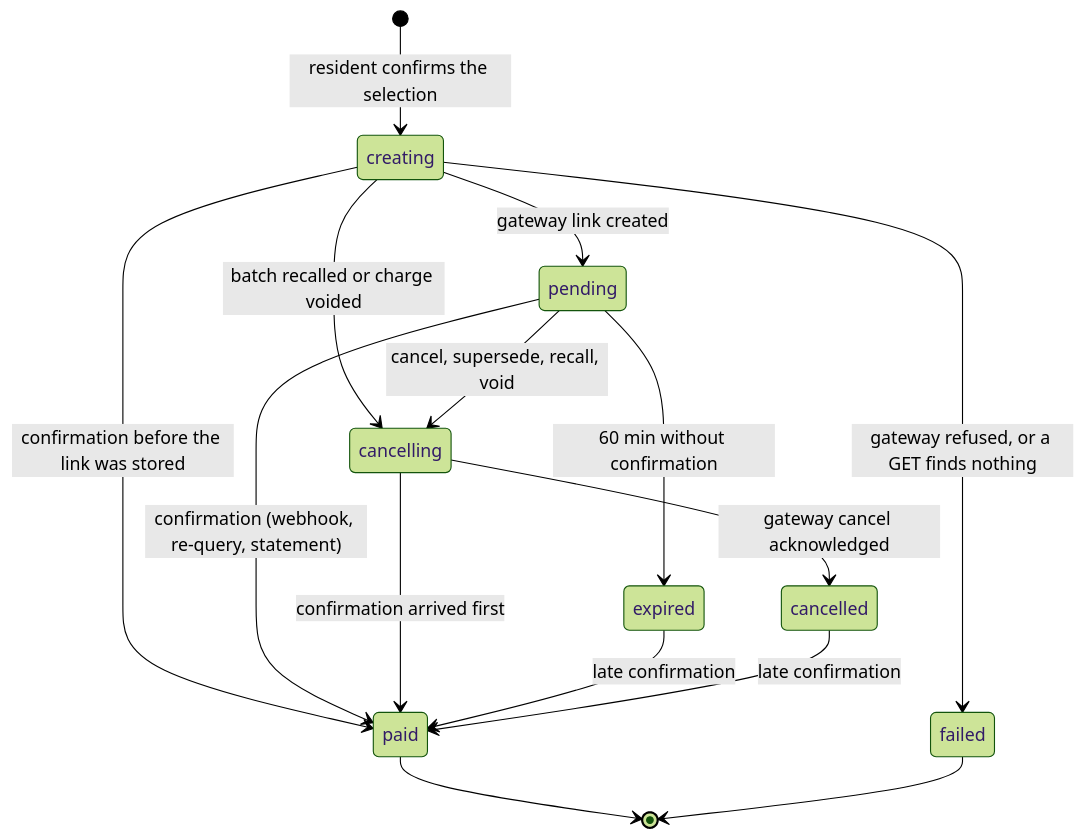
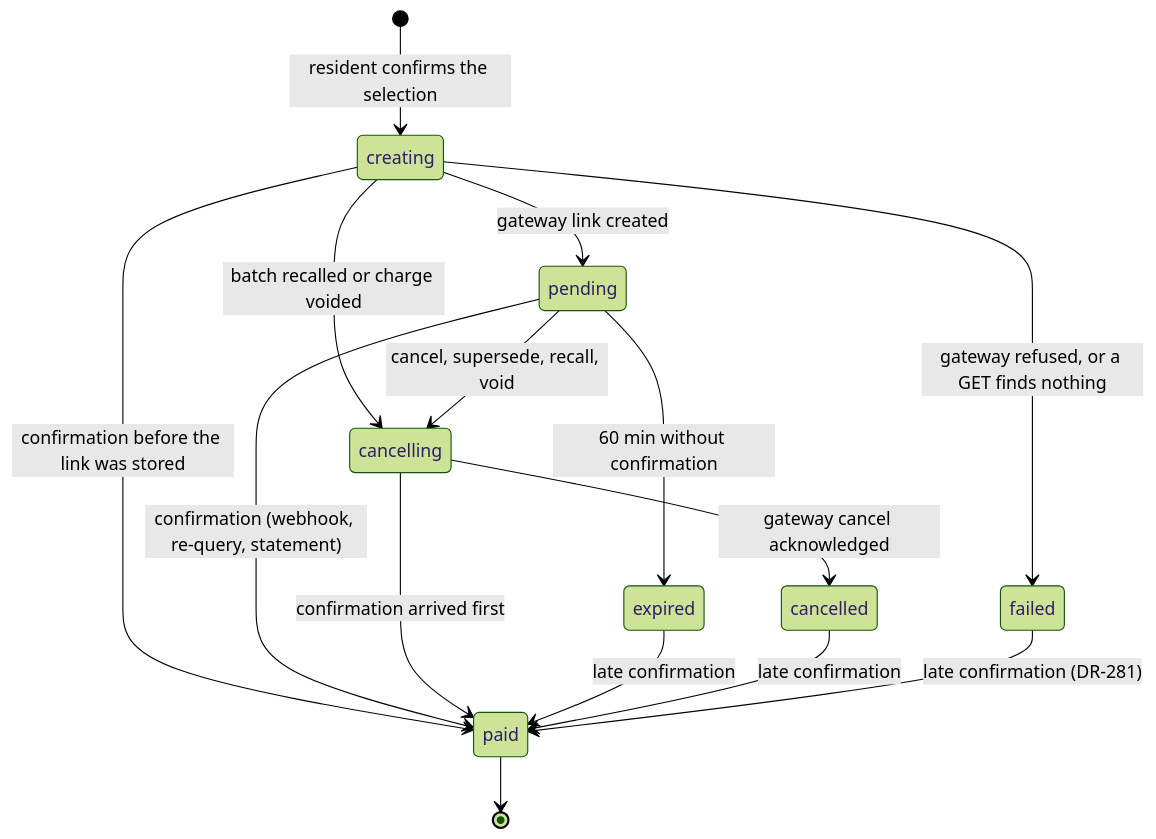
The fourth of 10 diagrams in docs/05-data/finance-model.md (ninggiangboy/residential-management-system), drawn with Mermaid (forest theme) before and after one commit. The commit also changed other lines of this file and 13 other files, not shown here.

````diff
--- a/docs/05-data/finance-model.md
+++ b/docs/05-data/finance-model.md
@@ -559,17 +559,17 @@
 ```mermaid
 stateDiagram-v2
   [*] --> creating: resident confirms the selection
   creating --> pending: gateway link created
   creating --> failed: gateway refused, or a GET finds nothing
   creating --> paid: confirmation before the link was stored
   creating --> cancelling: batch recalled or charge voided
   pending --> paid: confirmation (webhook, re-query, statement)
   pending --> cancelling: cancel, supersede, recall, void
   pending --> expired: 60 min without confirmation
   cancelling --> cancelled: gateway cancel acknowledged
   cancelling --> paid: confirmation arrived first
   expired --> paid: late confirmation
   cancelled --> paid: late confirmation
+  failed --> paid: late confirmation (DR-281)
   paid --> [*]
-  failed --> [*]
 ```
````
